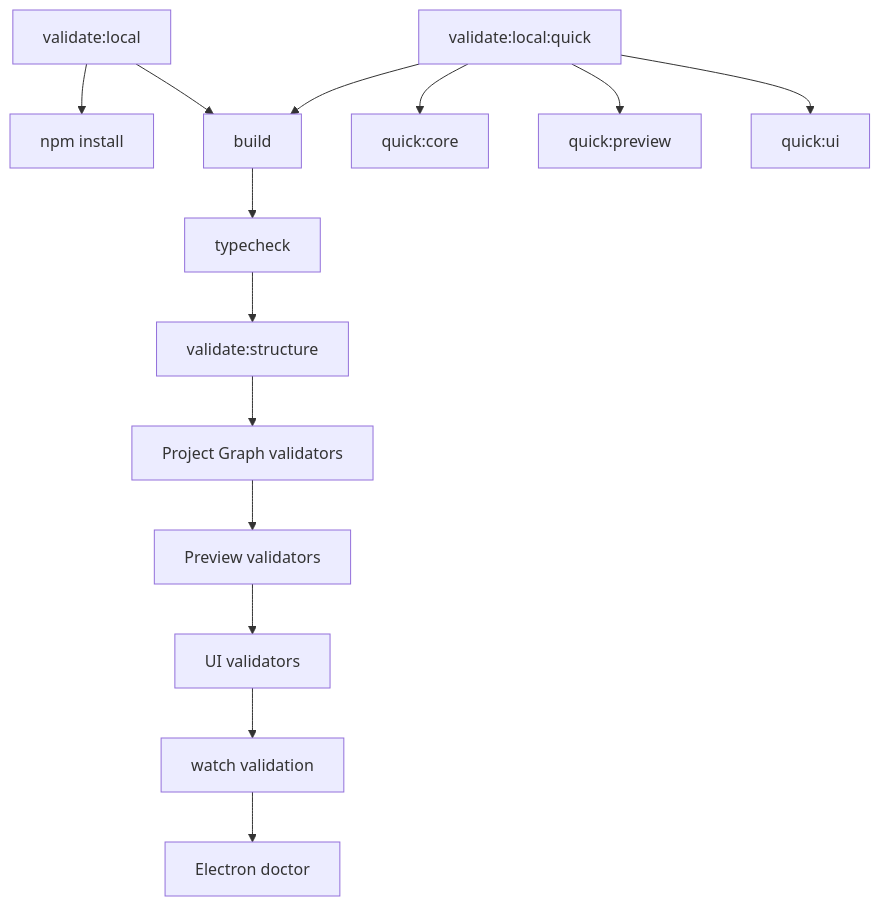
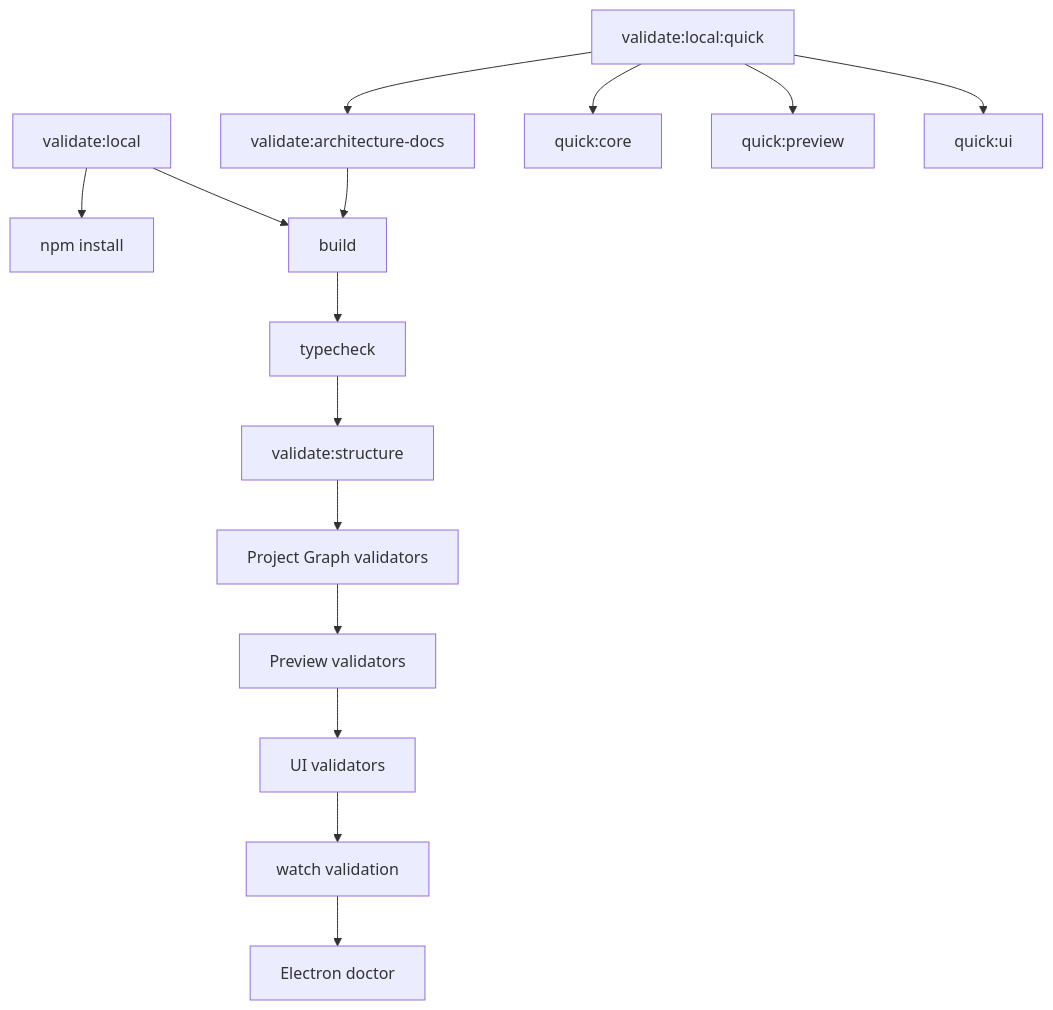
One commit to krestosa/Crystal changed the diagram in docs/architecture/validation-system.md. Above: the diagram before and after it, drawn with Mermaid. The commit also changed other lines of this file and 17 other files, not shown here.

````diff
--- a/docs/architecture/validation-system.md
+++ b/docs/architecture/validation-system.md
@@ -13,17 +15,18 @@
 ```mermaid
 flowchart TD
   ValidateLocal[validate:local] --> Install[npm install]
   ValidateLocal --> Build[build]
   Build --> Typecheck[typecheck]
   Typecheck --> Structure[validate:structure]
   Structure --> Graph[Project Graph validators]
   Graph --> Preview[Preview validators]
   Preview --> UI[UI validators]
   UI --> Watch[watch validation]
   Watch --> Doctor[Electron doctor]
 
-  Quick[validate:local:quick] --> Build
+  Quick[validate:local:quick] --> Docs[validate:architecture-docs]
+  Docs --> Build
   Quick --> CoreQuick[quick:core]
   Quick --> PreviewQuick[quick:preview]
   Quick --> UIQuick[quick:ui]
 ```
````
